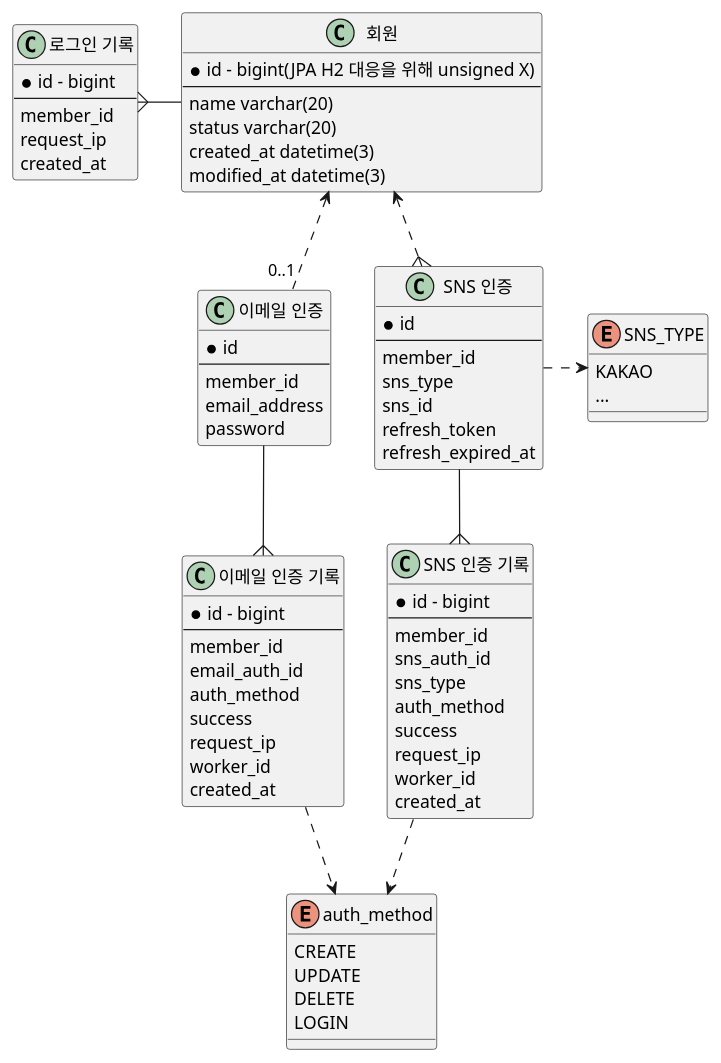
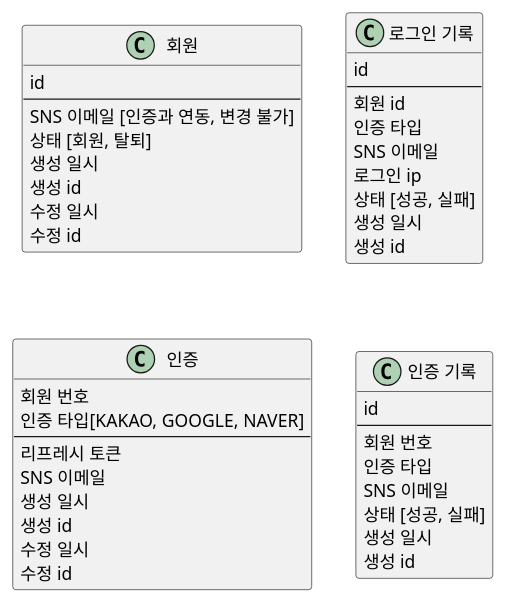
The diagram in .uml/Domain.puml (dykim-base-project/boot2-hexagonal), drawn with PlantUML before and after one commit. The commit also changed 8 other files, not shown here.

```diff
--- a/.uml/Domain.puml
+++ b/.uml/Domain.puml
@@ -1,98 +1,50 @@
 @startuml
+'https://plantuml.com/class-diagram
 
-enum auth_method {
-  CREATE
-  UPDATE
-  DELETE
-  LOGIN
+class "회원" as member {
+  id
+  ---
+  SNS 이메일 [인증과 연동, 변경 불가]
+  상태 [회원, 탈퇴]
+  생성 일시
+  생성 id
+  수정 일시
+  수정 id
 }
 
-class "이메일 인증" as email_auth {
-  * id
+class "로그인 기록" as loginHistory {
+  id
   ---
-  member_id
-  email_address
-  password
+  회원 id
+  인증 타입
+  SNS 이메일
+  로그인 ip
+  상태 [성공, 실패]
+  생성 일시
+  생성 id
 }
 
-class "이메일 인증 기록" as email_auth_history {
-  * id - bigint
+class "인증" as auth {
+  회원 번호
+  인증 타입[KAKAO, GOOGLE, NAVER]
   ---
-  member_id
-  email_auth_id
-  auth_method
-  success
-  request_ip
-  worker_id
-  created_at
-}
-email_auth -{ email_auth_history
-email_auth_history ..> auth_method
-
-enum "SNS_TYPE" as sns_type {
-  KAKAO
-  ...
+  리프레시 토큰
+  SNS 이메일
+  생성 일시
+  생성 id
+  수정 일시
+  수정 id
 }
 
-class "SNS 인증" as sns_auth {
-  * id
+class "인증 기록" as authHistory {
+  id
   ---
-  member_id
-  sns_type
-  sns_id
-  refresh_token
-  refresh_expired_at
+  회원 번호
+  인증 타입
+  SNS 이메일
+  상태 [성공, 실패]
+  생성 일시
+  생성 id
 }
 
-class "SNS 인증 기록" as sns_auth_history {
-  * id - bigint
-  ---
-  member_id
-  sns_auth_id
-  sns_type
-  auth_method
-  success
-  request_ip
-  worker_id
-  created_at
-}
-sns_auth .> sns_type
-sns_auth --{ sns_auth_history
-sns_auth_history ..> auth_method
-
-class "회원" as member {
-    * id - bigint(JPA H2 대응을 위해 unsigned X)
-    ---
-    name varchar(20)
-    status varchar(20)
-    created_at datetime(3)
-    modified_at datetime(3)
-}
-
-class "로그인 기록" as login_history {
-  * id - bigint
-  ---
-  member_id
-  request_ip
-  created_at
-}
-login_history }- member
-member <.. "0..1" email_auth
-member <..{ sns_auth
-
-'class "권한" {
-'    id
-'    ---
-'    권한 => 이메일_인증, 이메일_미인증, SNS_인증?
-'    스프링 시큐리티로 구현하셨음. 따라가보자.(도메인이 아닌거 같은데 그러면)
-'}
-
-' TODO: 추후 작업 예정
-'class "회원-권한" {
-'    회원 id
-'    권한 id
-'    ---
-'    굳이 관계 테이블까지?
-'}
-
 @enduml
```
